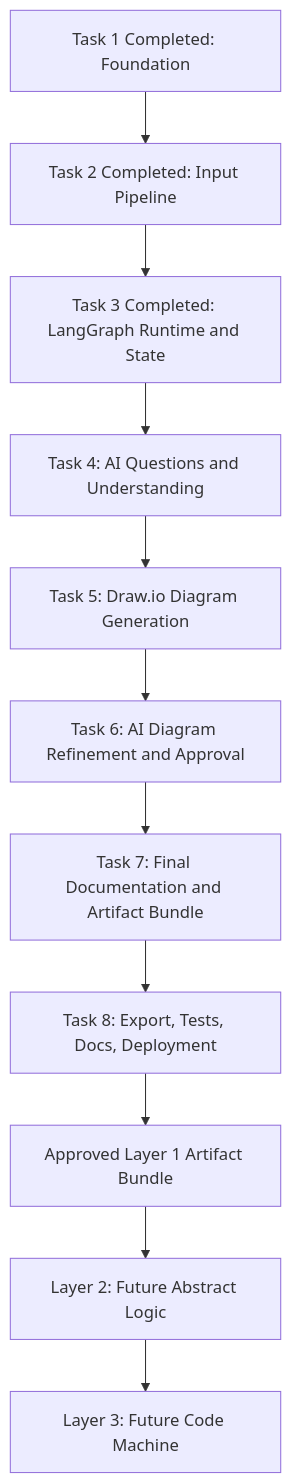
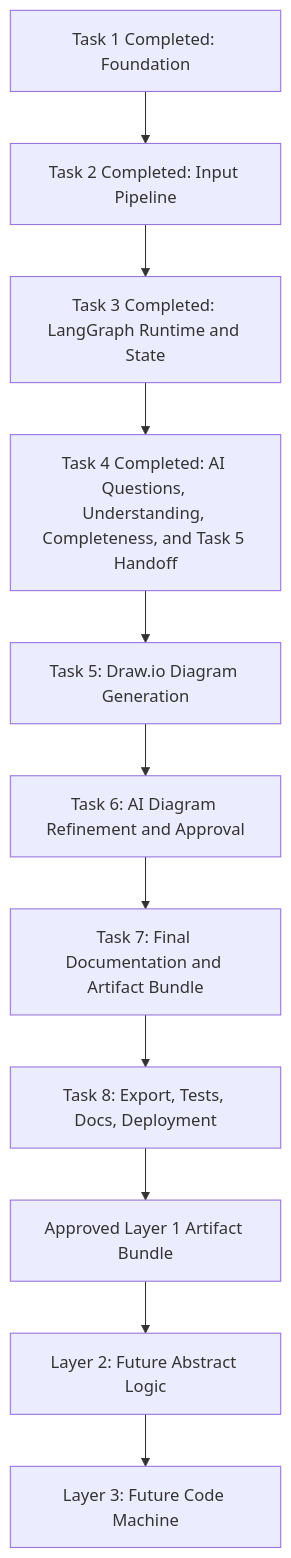
Before and after one commit to ProductMasterz/Mujarrad-Frontend: diagram 18 of 19 in Docs/system-design-detailed-plan.md, drawn with Mermaid. The commit also changed other lines of this file and 29 other files, not shown here.

````diff
--- a/Docs/system-design-detailed-plan.md
+++ b/Docs/system-design-detailed-plan.md
@@ -2551,23 +2895,23 @@
 ```mermaid
 flowchart TD
     T1[Task 1 Completed: Foundation]
     T2[Task 2 Completed: Input Pipeline]
     T3[Task 3 Completed: LangGraph Runtime and State]
-    T4[Task 4: AI Questions and Understanding]
+    T4[Task 4 Completed: AI Questions, Understanding, Completeness, and Task 5 Handoff]
     T5[Task 5: Draw.io Diagram Generation]
     T6[Task 6: AI Diagram Refinement and Approval]
     T7[Task 7: Final Documentation and Artifact Bundle]
     T8[Task 8: Export, Tests, Docs, Deployment]
 
     T1 --> T2
     T2 --> T3
     T3 --> T4
     T4 --> T5
     T5 --> T6
     T6 --> T7
     T7 --> T8
 
     T8 --> A[Approved Layer 1 Artifact Bundle]
     A --> L2[Layer 2: Future Abstract Logic]
     L2 --> L3[Layer 3: Future Code Machine]
 ```
````
